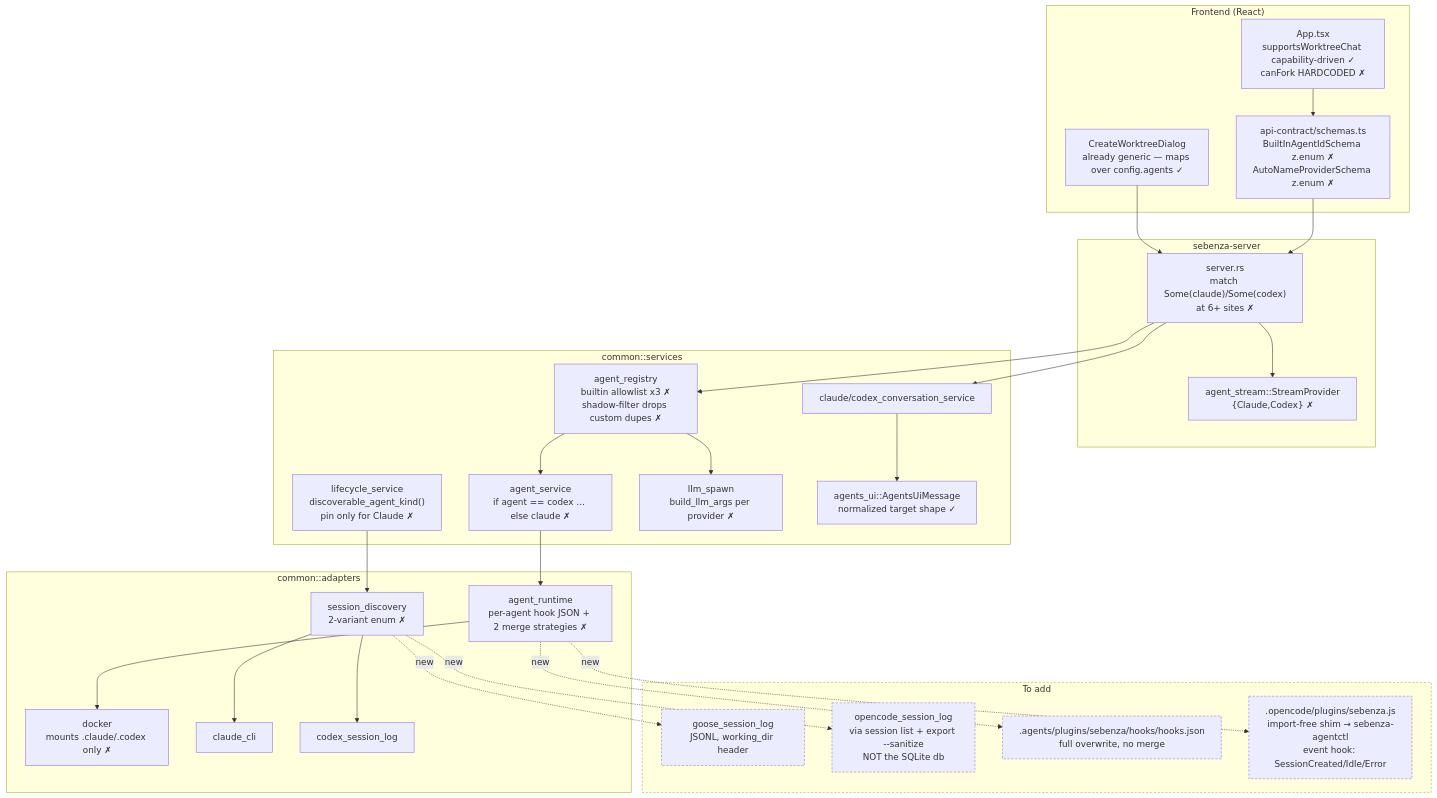
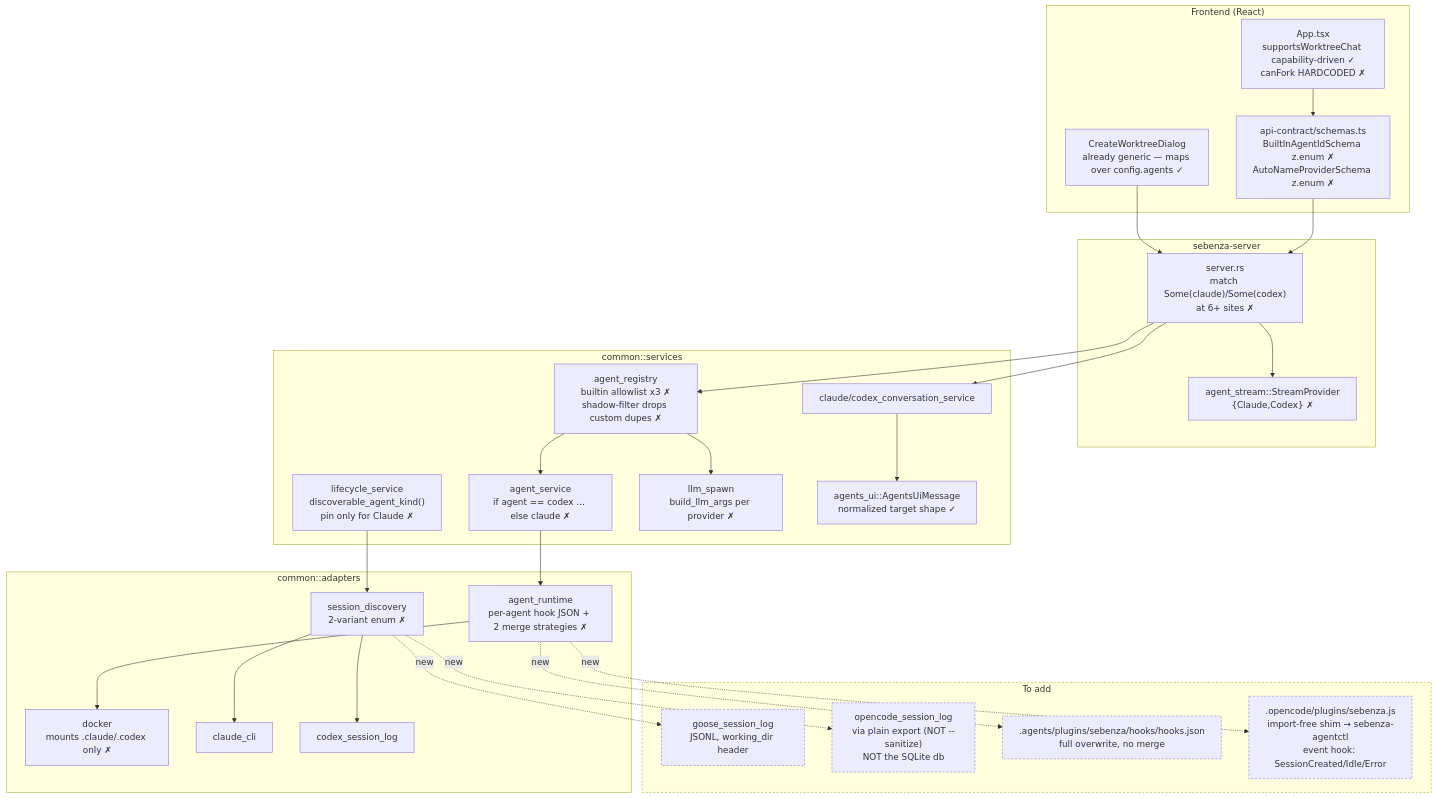
One commit to groundtruthsystems/sebenza changed the second of 8 diagrams in .ai/sebenza/tracks/goose_opencode_agents_20260727/design.md. Above: the diagram before and after it, drawn with Mermaid. The commit also changed other lines of this file and 4 other files, not shown here.

First line of the commit message:
test(opencode): add export fixture; correct the --sanitize claim

````diff
--- a/.ai/sebenza/tracks/goose_opencode_agents_20260727/design.md
+++ b/.ai/sebenza/tracks/goose_opencode_agents_20260727/design.md
@@ -161,52 +161,52 @@
 ```mermaid
 flowchart TB
   subgraph FE["Frontend (React)"]
     CWD["CreateWorktreeDialog<br/>already generic — maps over config.agents ✓"]
     APP["App.tsx<br/>supportsWorktreeChat capability-driven ✓<br/>canFork HARDCODED ✗"]
     SCHEMA["api-contract/schemas.ts<br/>BuiltInAgentIdSchema z.enum ✗<br/>AutoNameProviderSchema z.enum ✗"]
   end
 
   subgraph SRV["sebenza-server"]
     ROUTES["server.rs<br/>match Some(claude)/Some(codex)<br/>at 6+ sites ✗"]
     STREAM["agent_stream::StreamProvider<br/>{Claude,Codex} ✗"]
   end
 
   subgraph SVC["common::services"]
     REG["agent_registry<br/>builtin allowlist x3 ✗<br/>shadow-filter drops custom dupes ✗"]
     ASVC["agent_service<br/>if agent == codex … else claude ✗"]
     LIFE["lifecycle_service<br/>discoverable_agent_kind()<br/>pin only for Claude ✗"]
     LLM["llm_spawn<br/>build_llm_args per provider ✗"]
     CONV["claude/codex_conversation_service"]
     UI["agents_ui::AgentsUiMessage<br/>normalized target shape ✓"]
   end
 
   subgraph AD["common::adapters"]
     ART["agent_runtime<br/>per-agent hook JSON + 2 merge strategies ✗"]
     DISC["session_discovery<br/>2-variant enum ✗"]
     DOCK["docker<br/>mounts .claude/.codex only ✗"]
     CCLI["claude_cli"]
     CLOG["codex_session_log"]
   end
 
   subgraph NEW["To add"]
     GLOG["goose_session_log<br/>JSONL, working_dir header"]
-    OLOG["opencode_session_log<br/>via session list + export --sanitize<br/>NOT the SQLite db"]
+    OLOG["opencode_session_log<br/>via plain export (NOT --sanitize)<br/>NOT the SQLite db"]
     GHOOK[".agents/plugins/sebenza/hooks/hooks.json<br/>full overwrite, no merge"]
     OPLUG[".opencode/plugins/sebenza.js<br/>import-free shim → sebenza-agentctl<br/>event hook: SessionCreated/Idle/Error"]
   end
 
   CWD --> ROUTES
   APP --> SCHEMA --> ROUTES
   ROUTES --> REG & CONV & STREAM
   REG --> ASVC --> ART
   REG --> LLM
   LIFE --> DISC
   DISC --> CCLI & CLOG
   CONV --> UI
   ART --> DOCK
   DISC -.new.-> GLOG & OLOG
   ART -.new.-> GHOOK & OPLUG
 
   classDef gap stroke-dasharray:4 3
   class NEW,GLOG,OLOG,GHOOK,OPLUG gap
 ```
````
